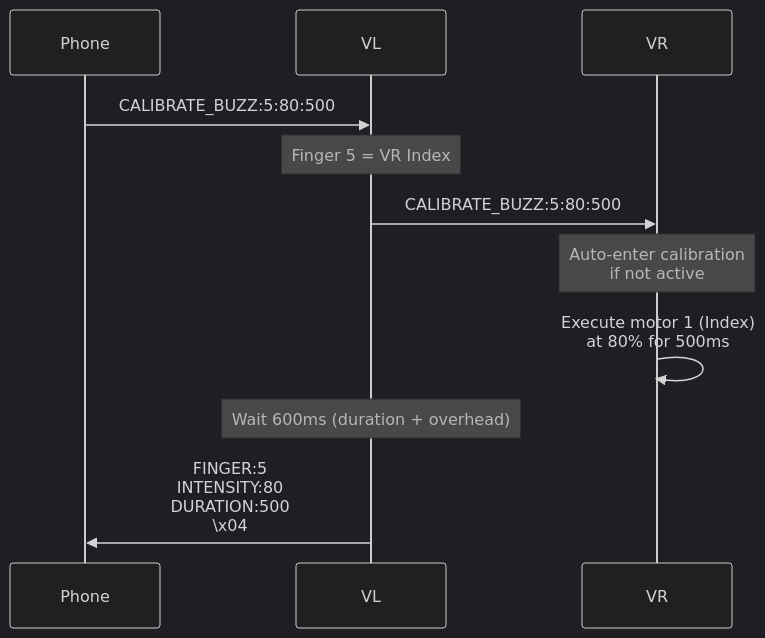
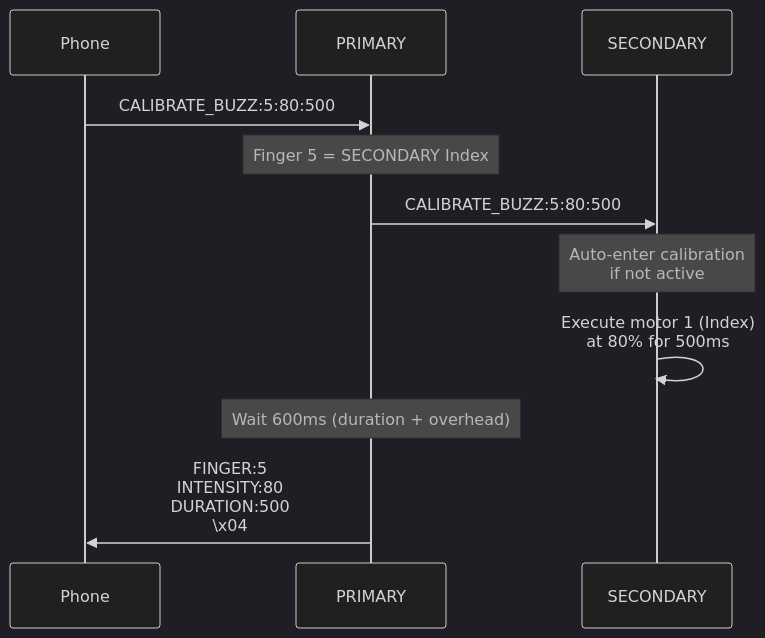
The diagram in docs/CALIBRATION_GUIDE.md (BlueBuzzah/BlueBuzzah2-Firmware), drawn with Mermaid (dark theme) before and after one commit. The commit also changed other lines of this file and 11 other files, not shown here.

````diff
--- a/docs/CALIBRATION_GUIDE.md
+++ b/docs/CALIBRATION_GUIDE.md
@@ -369,18 +369,18 @@
 ```mermaid
 sequenceDiagram
     participant Phone
-    participant VL
-    participant VR
+    participant PRIMARY
+    participant SECONDARY
 
-    Phone->>VL: CALIBRATE_BUZZ:5:80:500
-    Note over VL: Finger 5 = VR Index
+    Phone->>PRIMARY: CALIBRATE_BUZZ:5:80:500
+    Note over PRIMARY: Finger 5 = SECONDARY Index
 
-    VL->>VR: CALIBRATE_BUZZ:5:80:500
-    Note over VR: Auto-enter calibration<br/>if not active
+    PRIMARY->>SECONDARY: CALIBRATE_BUZZ:5:80:500
+    Note over SECONDARY: Auto-enter calibration<br/>if not active
 
-    VR->>VR: Execute motor 1 (Index)<br/>at 80% for 500ms
+    SECONDARY->>SECONDARY: Execute motor 1 (Index)<br/>at 80% for 500ms
 
-    Note over VL: Wait 600ms (duration + overhead)
+    Note over PRIMARY: Wait 600ms (duration + overhead)
 
-    VL->>Phone: FINGER:5<br/>INTENSITY:80<br/>DURATION:500<br/>\x04
+    PRIMARY->>Phone: FINGER:5<br/>INTENSITY:80<br/>DURATION:500<br/>\x04
 ```
````
